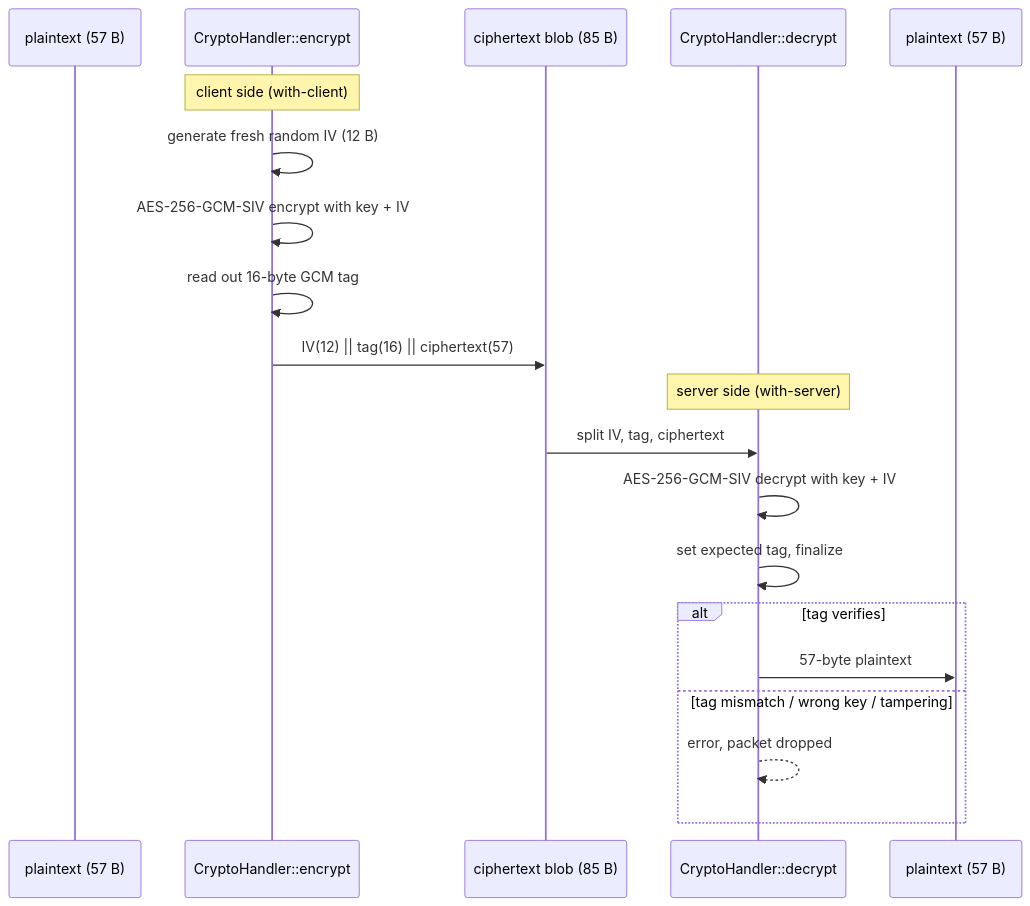
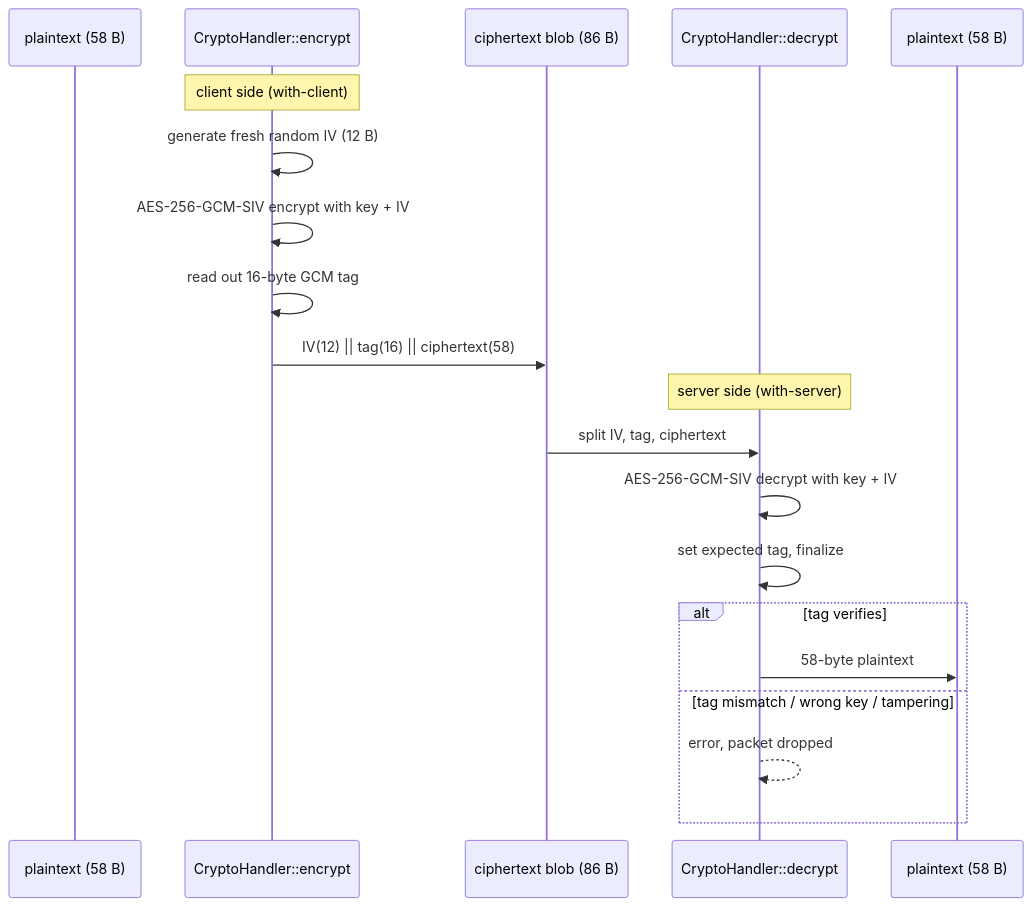
Before and after one commit to beac0n/ruroco: the second of 2 diagrams in docs/src/architecture/cryptography.md, drawn with Mermaid. The commit also changed other lines of this file and 15 other files, not shown here.

````diff
--- a/docs/src/architecture/cryptography.md
+++ b/docs/src/architecture/cryptography.md
@@ -45,24 +45,24 @@
 ```mermaid
 sequenceDiagram
-    participant P as plaintext (57 B)
+    participant P as plaintext (58 B)
     participant E as CryptoHandler::encrypt
-    participant Blob as ciphertext blob (85 B)
+    participant Blob as ciphertext blob (86 B)
     participant D as CryptoHandler::decrypt
-    participant Out as plaintext (57 B)
+    participant Out as plaintext (58 B)
 
     Note over E: client side (with-client)
     E->>E: generate fresh random IV (12 B)
     E->>E: AES-256-GCM-SIV encrypt with key + IV
     E->>E: read out 16-byte GCM tag
-    E->>Blob: IV(12) || tag(16) || ciphertext(57)
+    E->>Blob: IV(12) || tag(16) || ciphertext(58)
 
     Note over D: server side (with-server)
     Blob->>D: split IV, tag, ciphertext
     D->>D: AES-256-GCM-SIV decrypt with key + IV
     D->>D: set expected tag, finalize
     alt tag verifies
-        D->>Out: 57-byte plaintext
+        D->>Out: 58-byte plaintext
     else tag mismatch / wrong key / tampering
         D-->>D: error, packet dropped
     end
 ```
````
